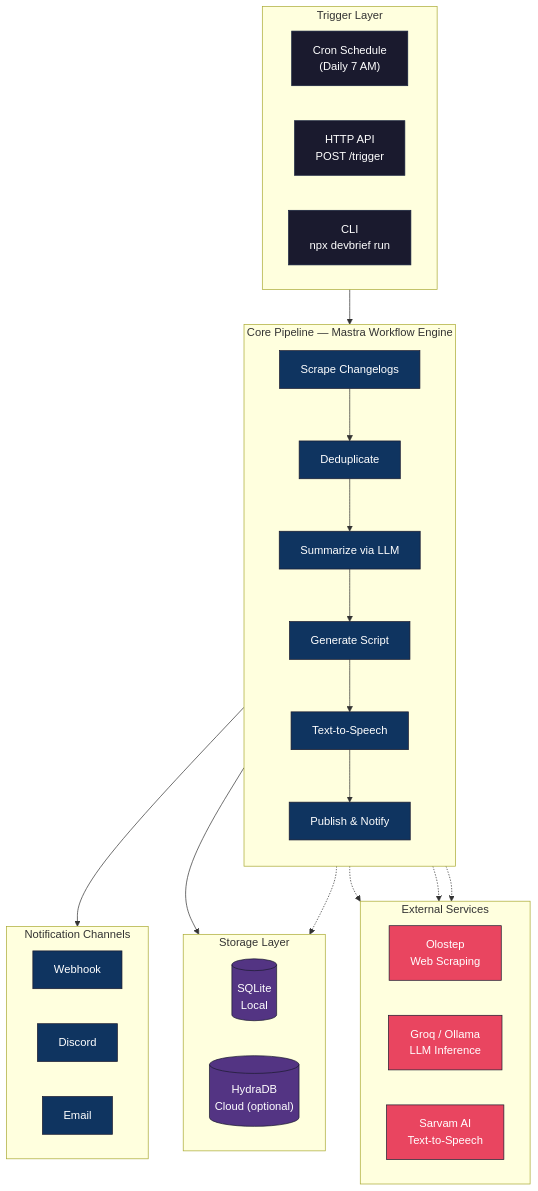
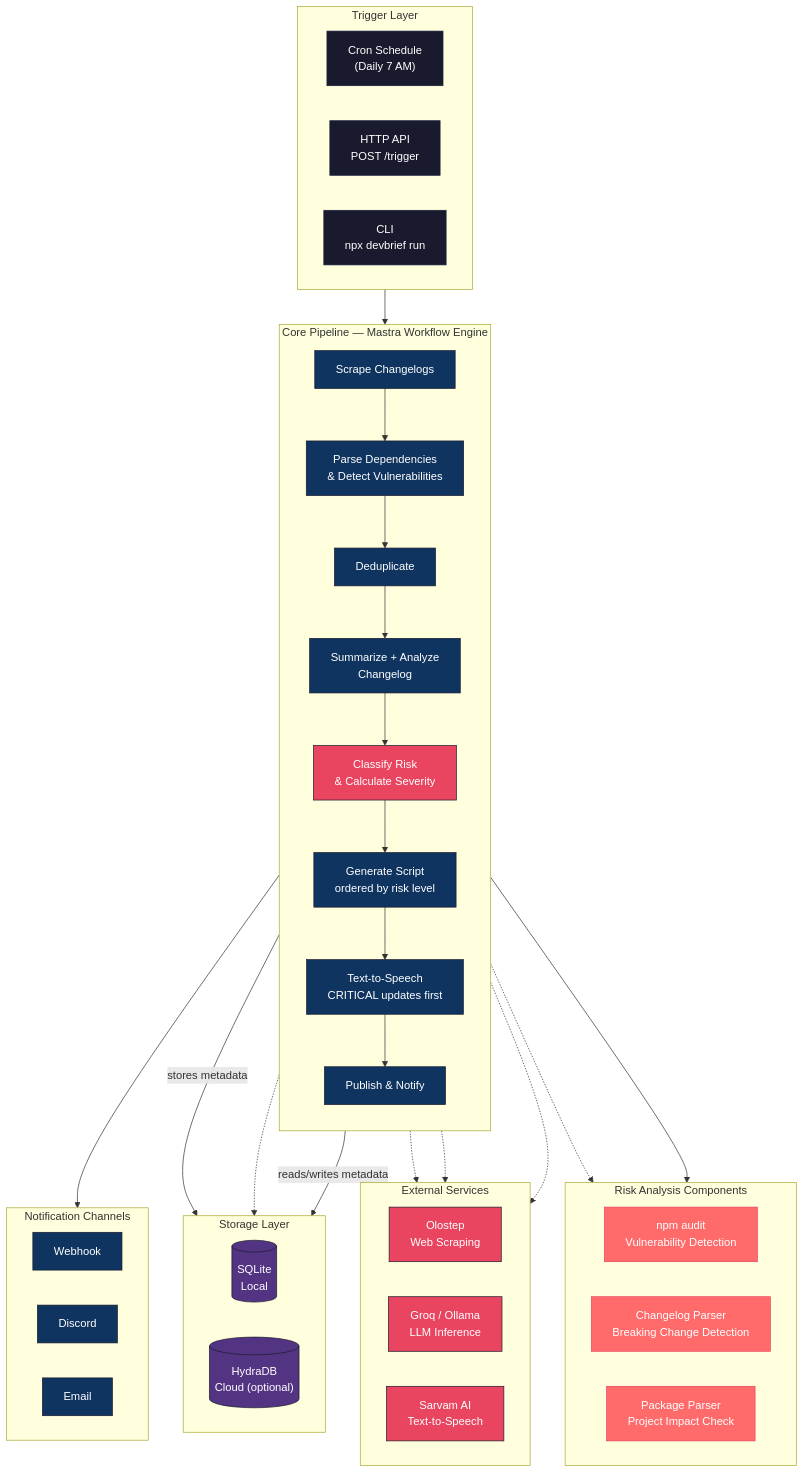
One commit to Krishnav1237/devbrief changed the second of 5 diagrams in README.md. Above: the diagram before and after it, drawn with Mermaid. The commit also changed other lines of this file and 22 other files, not shown here.

Commit message:
feat: implement risk assessment engine with changelog analysis and dependency vulnerability detection

````diff
--- a/README.md
+++ b/README.md
@@ -253,54 +435,68 @@
 ```mermaid
 flowchart TD
     subgraph TRIGGERS["Trigger Layer"]
         direction LR
         CRON["Cron Schedule\n(Daily 7 AM)"]:::trigger
         HTTP["HTTP API\nPOST /trigger"]:::trigger
         CLI["CLI\nnpx devbrief run"]:::trigger
     end
 
     subgraph PIPELINE["Core Pipeline — Mastra Workflow Engine"]
         direction TD
         P1["Scrape Changelogs"]:::core
+        P1_5["Parse Dependencies\n& Detect Vulnerabilities"]:::core
         P2["Deduplicate"]:::core
-        P3["Summarize via LLM"]:::core
-        P4["Generate Script"]:::core
-        P5["Text-to-Speech"]:::core
+        P3["Summarize + Analyze\nChangelog"]:::core
+        RC["Classify Risk\n& Calculate Severity"]:::classifier
+        P4["Generate Script\nordered by risk level"]:::core
+        P5["Text-to-Speech\nCRITICAL updates first"]:::core
         P6["Publish & Notify"]:::core
-        P1 --> P2 --> P3 --> P4 --> P5 --> P6
+        P1 --> P1_5 --> P2 --> P3 --> RC --> P4 --> P5 --> P6
+    end
+
+    subgraph ANALYSIS["Risk Analysis Components"]
+        direction LR
+        AUDIT["npm audit\nVulnerability Detection"]:::analysis
+        PARSER["Changelog Parser\nBreaking Change Detection"]:::analysis
+        MATCHER["Package Parser\nProject Impact Check"]:::analysis
     end
 
     subgraph SERVICES["External Services"]
         direction LR
         OLO["Olostep\nWeb Scraping"]:::external
         LLM["Groq / Ollama\nLLM Inference"]:::external
         SAR["Sarvam AI\nText-to-Speech"]:::external
     end
 
     subgraph STORE["Storage Layer"]
         direction LR
         SQL[("SQLite\nLocal")]:::storage
         HDB[("HydraDB\nCloud (optional)")]:::storage
     end
 
     subgraph DELIVER["Notification Channels"]
         direction LR
         WH["Webhook"]:::delivery
         DC["Discord"]:::delivery
         EM["Email"]:::delivery
     end
 
     TRIGGERS --> PIPELINE
     P1 -.-> OLO
+    P1_5 -.-> AUDIT
     P3 -.-> LLM
+    RC --> ANALYSIS
+    P2 -->|stores metadata| SQL
+    P3 -.-> HDB
+    RC -->|reads/writes metadata| SQL
     P5 -.-> SAR
-    P2 --> SQL
-    P3 -.-> HDB
     P6 --> DELIVER
 
     classDef trigger fill:#1a1a2e,color:#ffffff,stroke:#16213e
     classDef core fill:#0f3460,color:#ffffff,stroke:#1a1a2e
+    classDef classifier fill:#e94560,color:#ffffff,stroke:#1a1a2e
+    classDef analysis fill:#ff6b6b,color:#ffffff,stroke:#e94560
     classDef external fill:#e94560,color:#ffffff,stroke:#1a1a2e
     classDef storage fill:#533483,color:#ffffff,stroke:#1a1a2e
     classDef delivery fill:#0f3460,color:#ffffff,stroke:#1a1a2e
 ```
````
